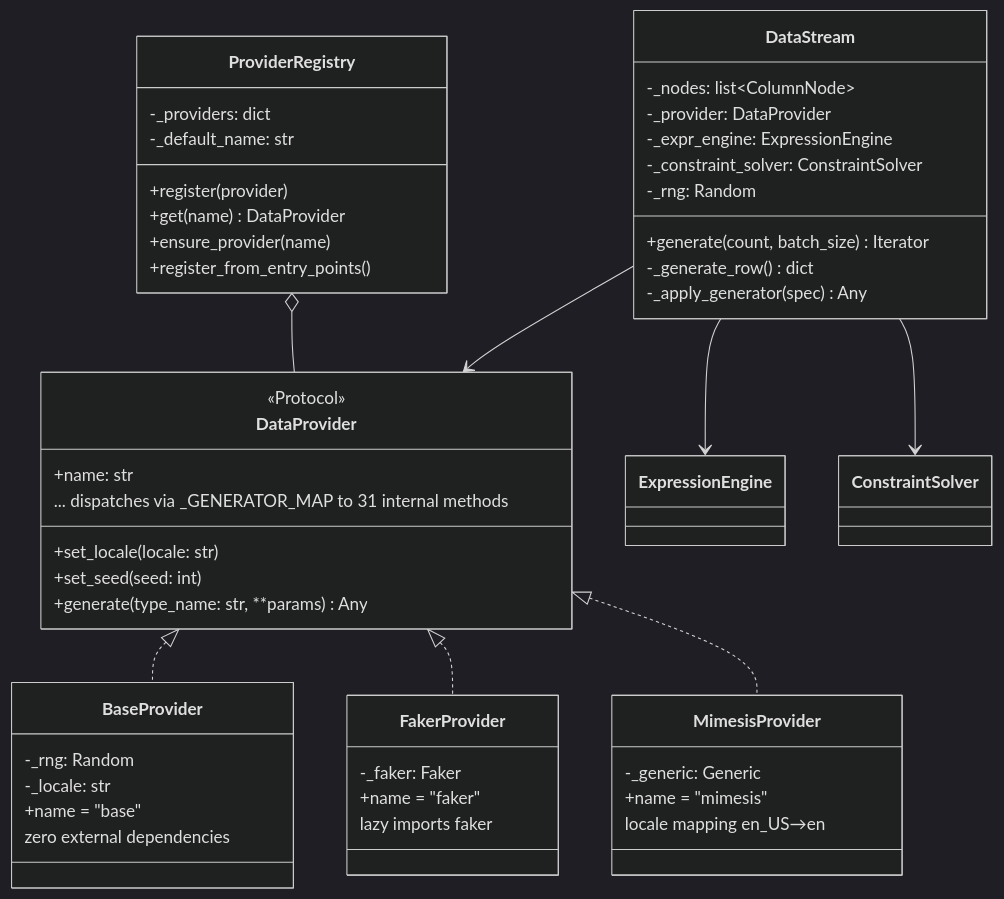
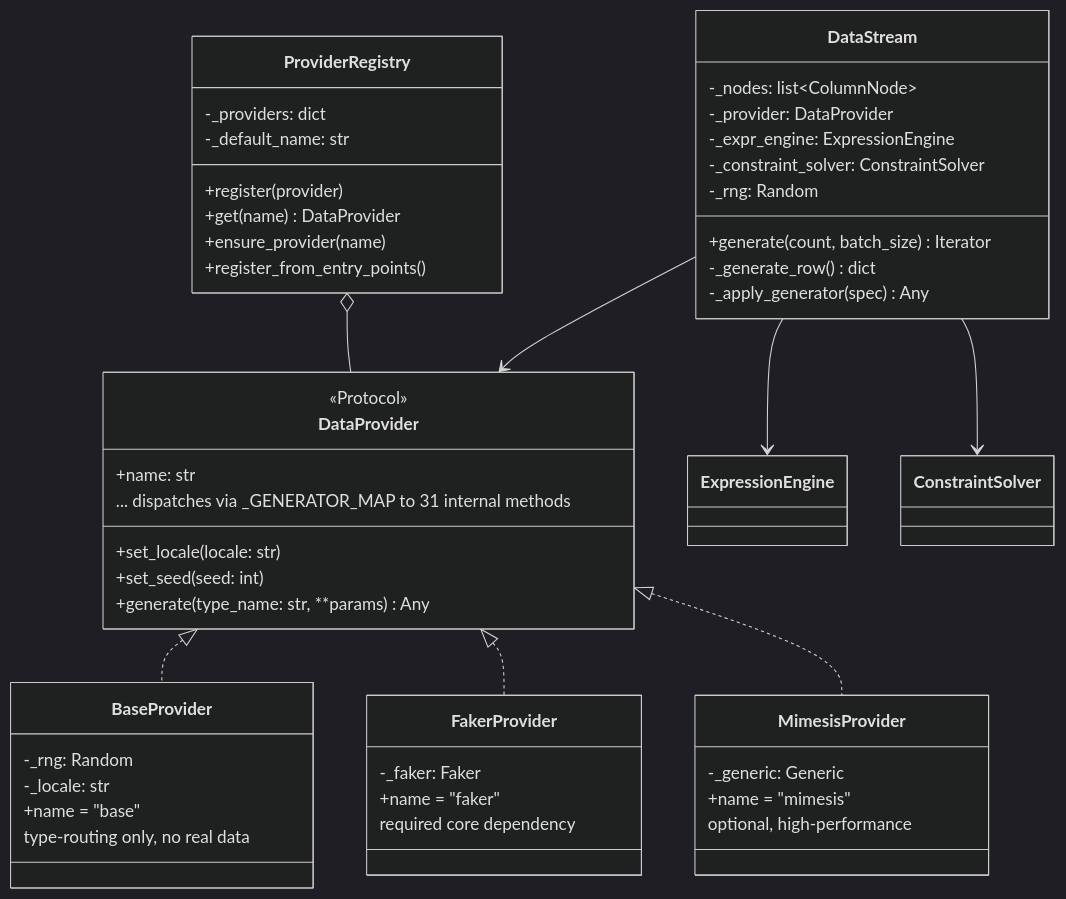
Before and after one commit to sunbos/sqlseed: the fourth of 11 diagrams in docs/architecture.md, drawn with Mermaid (dark theme). The commit also changed other lines of this file and 185 other files, not shown here.

````diff
--- a/docs/architecture.md
+++ b/docs/architecture.md
@@ -255,58 +267,58 @@
 ```mermaid
 classDiagram
     class DataProvider {
         <<Protocol>>
         +name: str
         +set_locale(locale: str)
         +set_seed(seed: int)
         +generate(type_name: str, **params) Any
         ... dispatches via _GENERATOR_MAP to 31 internal methods
     }
 
     class BaseProvider {
         -_rng: Random
         -_locale: str
         +name = "base"
-        zero external dependencies
+        type-routing only, no real data
     }
 
     class FakerProvider {
         -_faker: Faker
         +name = "faker"
-        lazy imports faker
+        required core dependency
     }
 
     class MimesisProvider {
         -_generic: Generic
         +name = "mimesis"
-        locale mapping en_US→en
+        optional, high-performance
     }
 
     class ProviderRegistry {
         -_providers: dict
         -_default_name: str
         +register(provider)
         +get(name) DataProvider
         +ensure_provider(name)
         +register_from_entry_points()
     }
 
     class DataStream {
         -_nodes: list~ColumnNode~
         -_provider: DataProvider
         -_expr_engine: ExpressionEngine
         -_constraint_solver: ConstraintSolver
         -_rng: Random
         +generate(count, batch_size) Iterator
         -_generate_row() dict
         -_apply_generator(spec) Any
     }
 
     DataProvider <|.. BaseProvider
     DataProvider <|.. FakerProvider
     DataProvider <|.. MimesisProvider
     ProviderRegistry o-- DataProvider
     DataStream --> DataProvider
     DataStream --> ExpressionEngine
     DataStream --> ConstraintSolver
 ```
````
